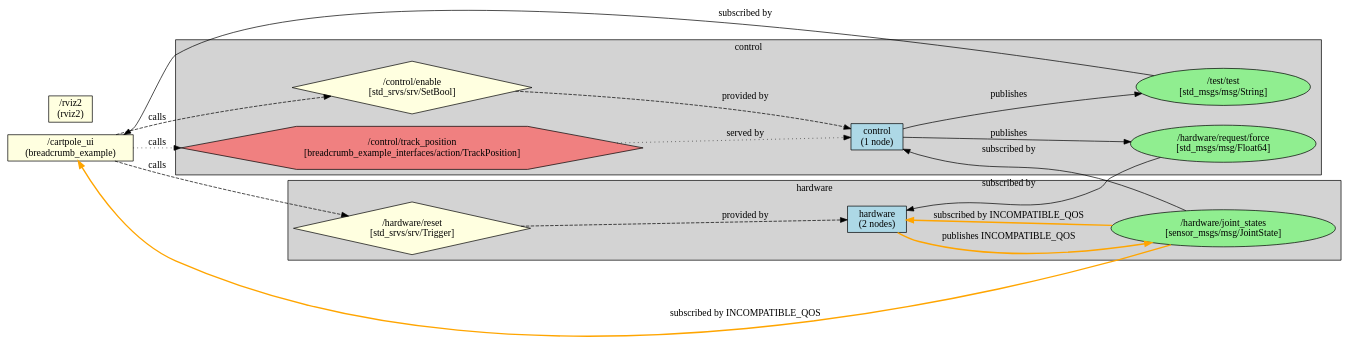
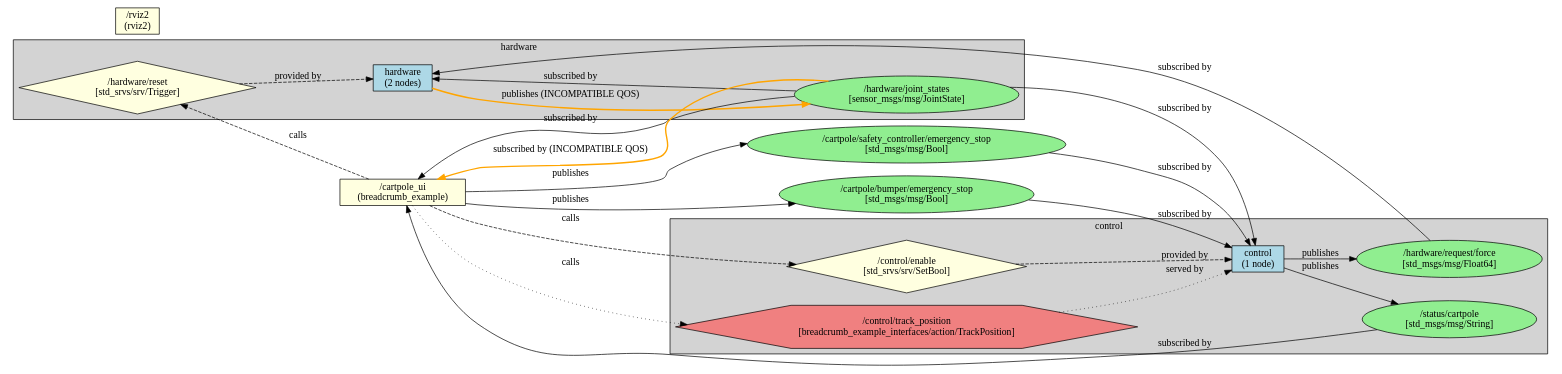
One commit to greenforge-labs/breadcrumb changed the diagram in breadcrumb_example/ros_graphs/graph_toplevel.dot. Above: the diagram before and after it, drawn with Graphviz. The commit also changed 18 other files, not shown here.

```diff
--- a/breadcrumb_example/ros_graphs/graph_toplevel.dot
+++ b/breadcrumb_example/ros_graphs/graph_toplevel.dot
@@ -1,50 +1,59 @@
 digraph ROS2TopLevel {
   rankdir=LR;
   node [shape=box];
 
   subgraph cluster_control {
     label="control";
     style=filled;
     fillcolor=lightgrey;
 
     "control" [label="control\n(1 node)", style=filled, fillcolor=lightblue];
-    "/test/test" [label="/test/test\n[std_msgs/msg/String]", shape=ellipse, style=filled, fillcolor=lightgreen];
+    "/status/cartpole" [label="/status/cartpole\n[std_msgs/msg/String]", shape=ellipse, style=filled, fillcolor=lightgreen];
     "/hardware/request/force" [label="/hardware/request/force\n[std_msgs/msg/Float64]", shape=ellipse, style=filled, fillcolor=lightgreen];
     "/control/enable" [label="/control/enable\n[std_srvs/srv/SetBool]", shape=diamond, style=filled, fillcolor=lightyellow];
     "/control/track_position" [label="/control/track_position\n[breadcrumb_example_interfaces/action/TrackPosition]", shape=hexagon, style=filled, fillcolor=lightcoral];
   }
 
   subgraph cluster_hardware {
     label="hardware";
     style=filled;
     fillcolor=lightgrey;
 
     "hardware" [label="hardware\n(2 nodes)", style=filled, fillcolor=lightblue];
     "/hardware/joint_states" [label="/hardware/joint_states\n[sensor_msgs/msg/JointState]", shape=ellipse, style=filled, fillcolor=lightgreen];
     "/hardware/reset" [label="/hardware/reset\n[std_srvs/srv/Trigger]", shape=diamond, style=filled, fillcolor=lightyellow];
   }
 
   // Root Namespace Nodes
   "/cartpole_ui" [label="/cartpole_ui\n(breadcrumb_example)", style=filled, fillcolor=lightyellow];
   "/rviz2" [label="/rviz2\n(rviz2)", style=filled, fillcolor=lightyellow];
 
+  // Shared Topics
+  "/cartpole/safety_controller/emergency_stop" [label="/cartpole/safety_controller/emergency_stop\n[std_msgs/msg/Bool]", shape=ellipse, style=filled, fillcolor=lightgreen];
+  "/cartpole/bumper/emergency_stop" [label="/cartpole/bumper/emergency_stop\n[std_msgs/msg/Bool]", shape=ellipse, style=filled, fillcolor=lightgreen];
+
   // Topic Edges
-  "hardware" -> "/hardware/joint_states" [label="publishes INCOMPATIBLE_QOS", color=orange, style=bold];
-  "/hardware/joint_states" -> "/cartpole_ui" [label="subscribed by INCOMPATIBLE_QOS", color=orange, style=bold];
+  "/cartpole_ui" -> "/cartpole/safety_controller/emergency_stop" [label="publishes"];
+  "/cartpole/safety_controller/emergency_stop" -> "control" [label="subscribed by"];
+  "/cartpole_ui" -> "/cartpole/bumper/emergency_stop" [label="publishes"];
+  "/cartpole/bumper/emergency_stop" -> "control" [label="subscribed by"];
+  "hardware" -> "/hardware/joint_states" [label="publishes (INCOMPATIBLE QOS)", color=orange, style=bold];
+  "/hardware/joint_states" -> "/cartpole_ui" [label="subscribed by"];
+  "/hardware/joint_states" -> "/cartpole_ui" [label="subscribed by (INCOMPATIBLE QOS)", color=orange, style=bold];
   "/hardware/joint_states" -> "control" [label="subscribed by"];
-  "/hardware/joint_states" -> "hardware" [label="subscribed by INCOMPATIBLE_QOS", color=orange, style=bold];
-  "control" -> "/test/test" [label="publishes"];
-  "/test/test" -> "/cartpole_ui" [label="subscribed by"];
+  "/hardware/joint_states" -> "hardware" [label="subscribed by"];
+  "control" -> "/status/cartpole" [label="publishes"];
+  "/status/cartpole" -> "/cartpole_ui" [label="subscribed by"];
   "control" -> "/hardware/request/force" [label="publishes"];
   "/hardware/request/force" -> "hardware" [label="subscribed by"];
 
   // Service Edges
   "/control/enable" -> "control" [label="provided by", style=dashed];
   "/cartpole_ui" -> "/control/enable" [label="calls", style=dashed];
   "/hardware/reset" -> "hardware" [label="provided by", style=dashed];
   "/cartpole_ui" -> "/hardware/reset" [label="calls", style=dashed];
 
   // Action Edges
   "/control/track_position" -> "control" [label="served by", style=dotted];
   "/cartpole_ui" -> "/control/track_position" [label="calls", style=dotted];
 }
```
